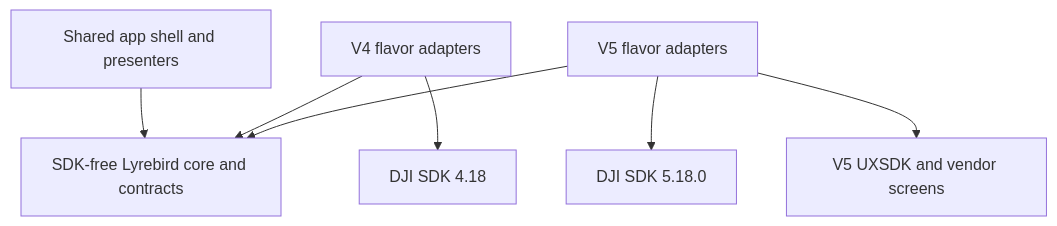
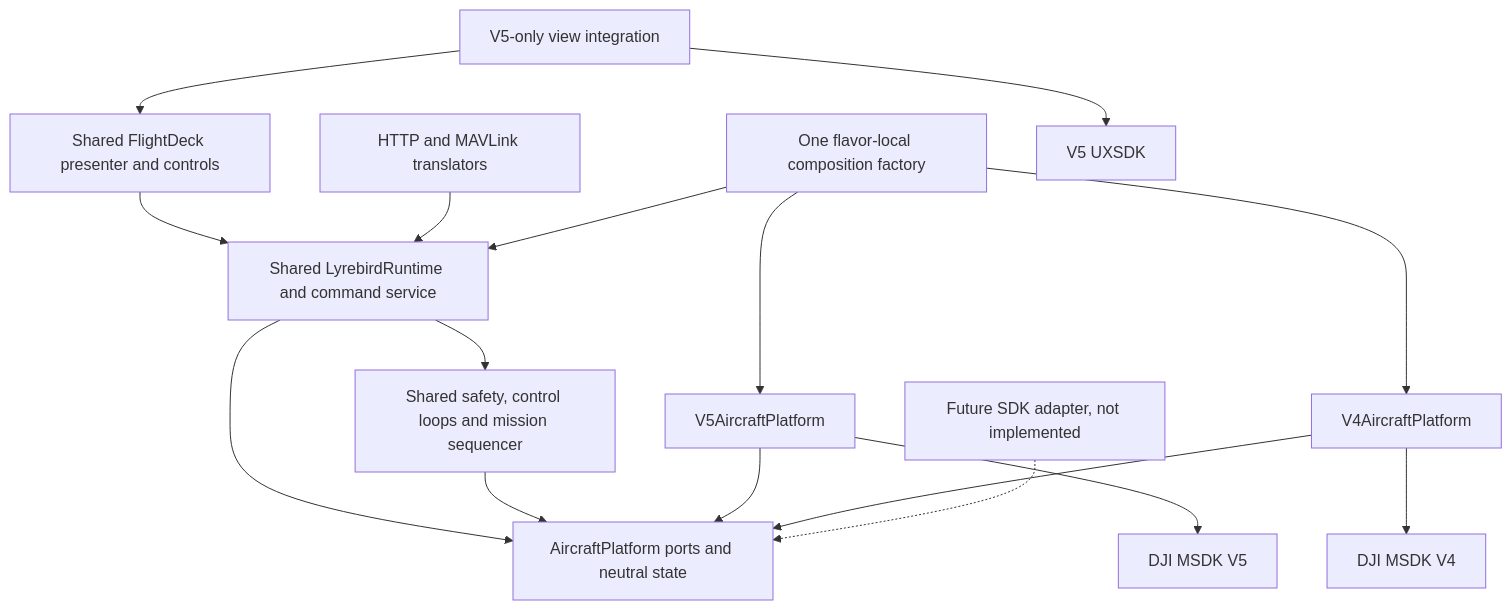
Before and after one commit to SDU-UAS-Center/lyrebird: the diagram in LyrebirdApp/android-sdk-v5-as/DUAL_SDK_FLAVORS_PLAN.md, drawn with Mermaid. The commit also changed other lines of this file and 1 other file, not shown here.

First line of the commit message:
Docs: plan the SDK-neutral bridge before the V4 adapter

````diff
--- a/LyrebirdApp/android-sdk-v5-as/DUAL_SDK_FLAVORS_PLAN.md
+++ b/LyrebirdApp/android-sdk-v5-as/DUAL_SDK_FLAVORS_PLAN.md
@@ -62,9 +72,18 @@
 ```mermaid
 flowchart TD
-    APP[Shared app shell and presenters] --> CORE[SDK-free Lyrebird core and contracts]
-    V4[V4 flavor adapters] --> CORE
-    V5[V5 flavor adapters] --> CORE
-    V4 --> DJI4[DJI SDK 4.18]
-    V5 --> DJI5[DJI SDK 5.18.0]
-    V5 --> UX[V5 UXSDK and vendor screens]
+    UI[Shared FlightDeck presenter and controls] --> RT[Shared LyrebirdRuntime and command service]
+    NET[HTTP and MAVLink translators] --> RT
+    RT --> POLICY[Shared safety, control loops and mission sequencer]
+    RT --> PORTS[AircraftPlatform ports and neutral state]
+    POLICY --> PORTS
+    V5[V5AircraftPlatform] --> PORTS
+    V4[V4AircraftPlatform] --> PORTS
+    V6[Future SDK adapter, not implemented] -.-> PORTS
+    V5 --> DJI5[DJI MSDK V5]
+    V4 --> DJI4[DJI MSDK V4]
+    FACTORY[One flavor-local composition factory] --> RT
+    FACTORY --> V5
+    FACTORY --> V4
+    V5UI[V5-only view integration] --> UX[V5 UXSDK]
+    V5UI --> UI
 ```
````
